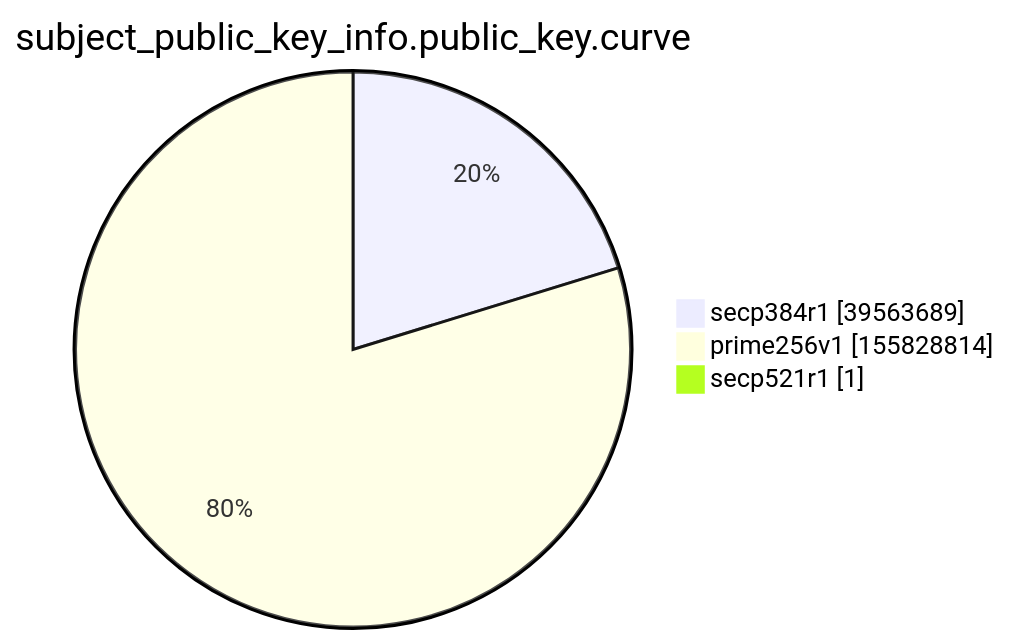
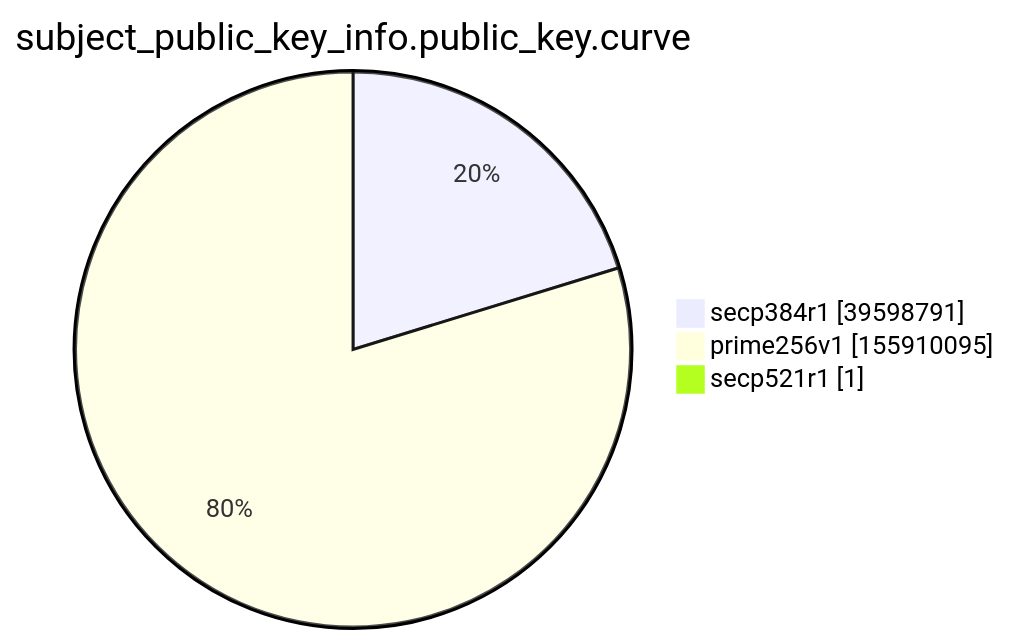
The ninth of 15 diagrams in xenon2022/README.md (christiankrug/ctmonitor_visualization), drawn with Mermaid before and after one commit. The commit also changed other lines of this file, not shown here.

````diff
--- a/xenon2022/README.md
+++ b/xenon2022/README.md
@@ -2865,7 +2865,7 @@
 ```mermaid
 pie showData
 title subject_public_key_info.public_key.curve
-"secp384r1" :39563689
-"prime256v1" :155828814
+"secp384r1" :39598791
+"prime256v1" :155910095
 "secp521r1" :1
 ```
````
